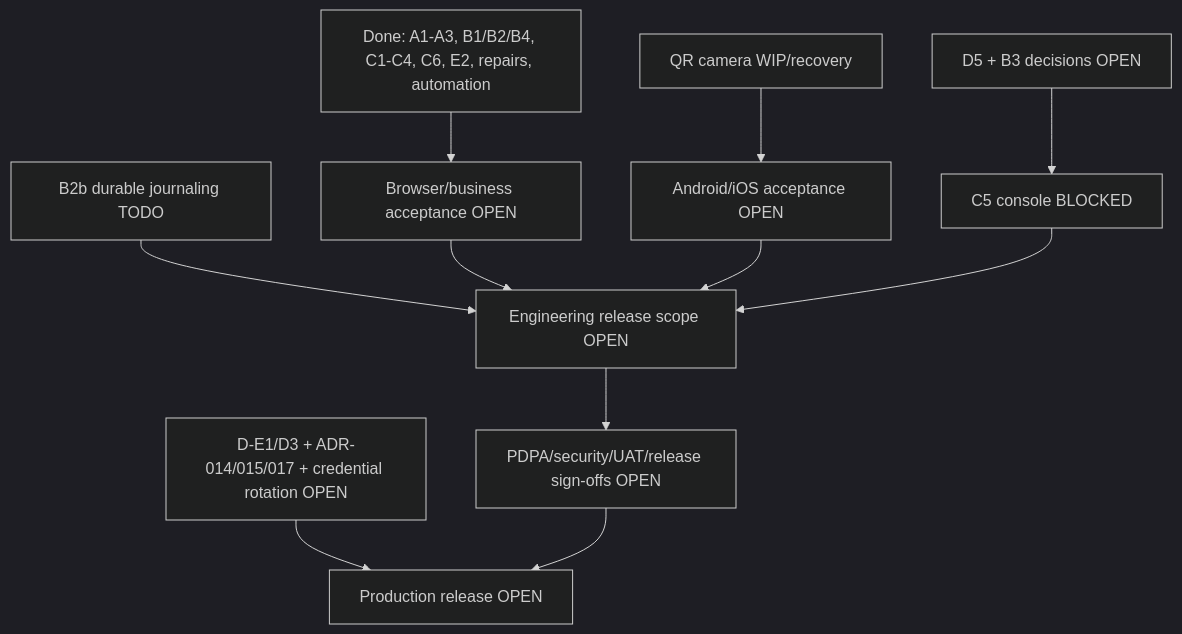
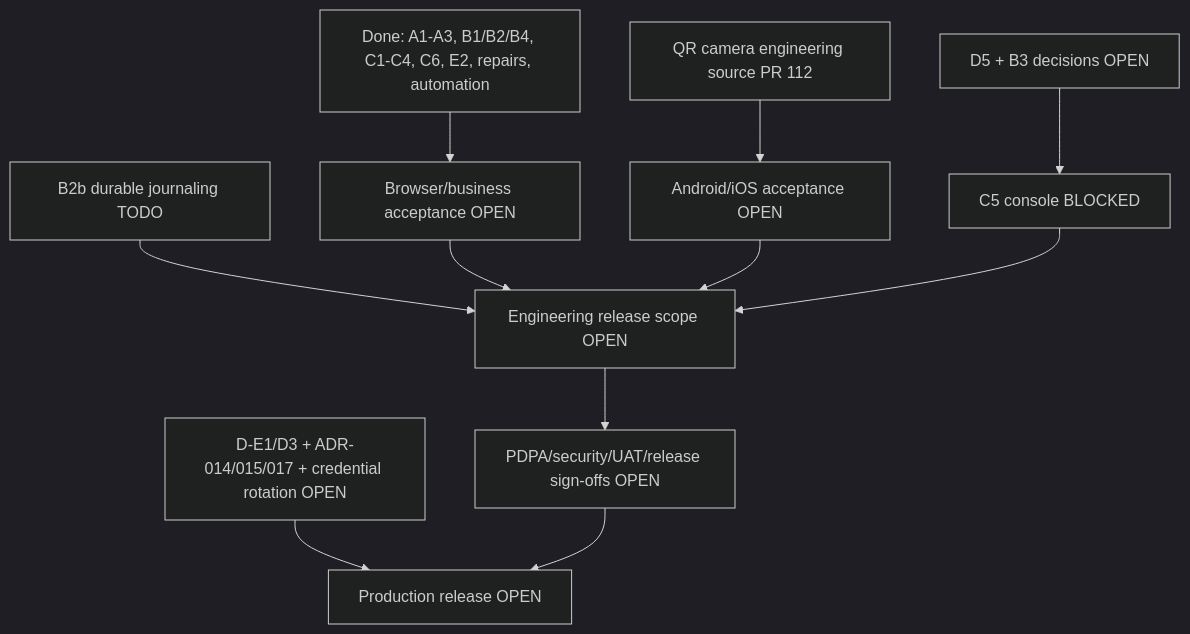
One commit to idev006/MT-Agency-Super-App-Framework changed the second of 2 diagrams in apps/vehicle-contact/docs/PROJECT_HANDOVER.md. Above: the diagram before and after it, drawn with Mermaid (dark theme). The commit also changed other lines of this file and 6 other files, not shown here.

Commit message:
docs(p6vc): record QR recovery evidence and open device gate

````diff
--- a/apps/vehicle-contact/docs/PROJECT_HANDOVER.md
+++ b/apps/vehicle-contact/docs/PROJECT_HANDOVER.md
@@ -70,13 +71,13 @@
 ```mermaid
 flowchart TD
   DONE[Done: A1-A3, B1/B2/B4, C1-C4, C6, E2, repairs, automation] --> BA[Browser/business acceptance OPEN]
-  QR[QR camera WIP/recovery] --> DEV[Android/iOS acceptance OPEN]
+  QR[QR camera engineering source PR 112] --> DEV[Android/iOS acceptance OPEN]
   B2B[B2b durable journaling TODO] --> RC[Engineering release scope OPEN]
   BA --> RC
   DEV --> RC
   DEC[D5 + B3 decisions OPEN] --> C5[C5 console BLOCKED]
   C5 --> RC
   RC --> SIGN[PDPA/security/UAT/release sign-offs OPEN]
   OTHER[D-E1/D3 + ADR-014/015/017 + credential rotation OPEN] --> REL[Production release OPEN]
   SIGN --> REL
 ```
````
